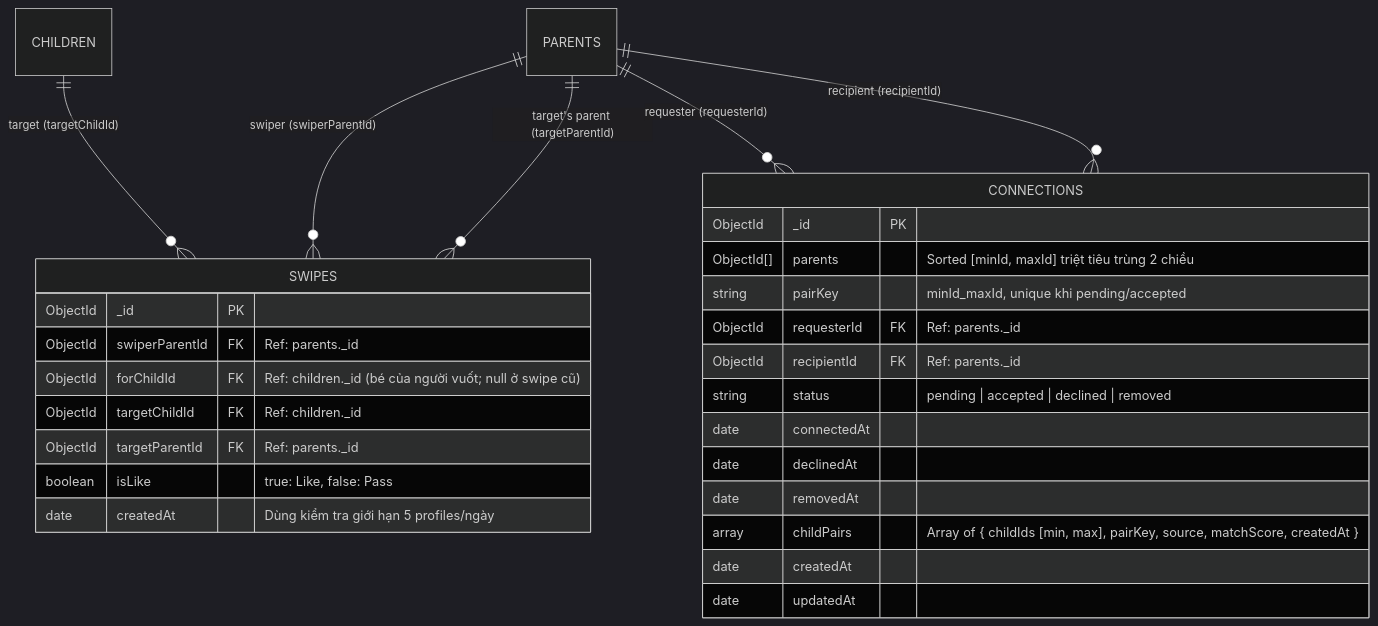
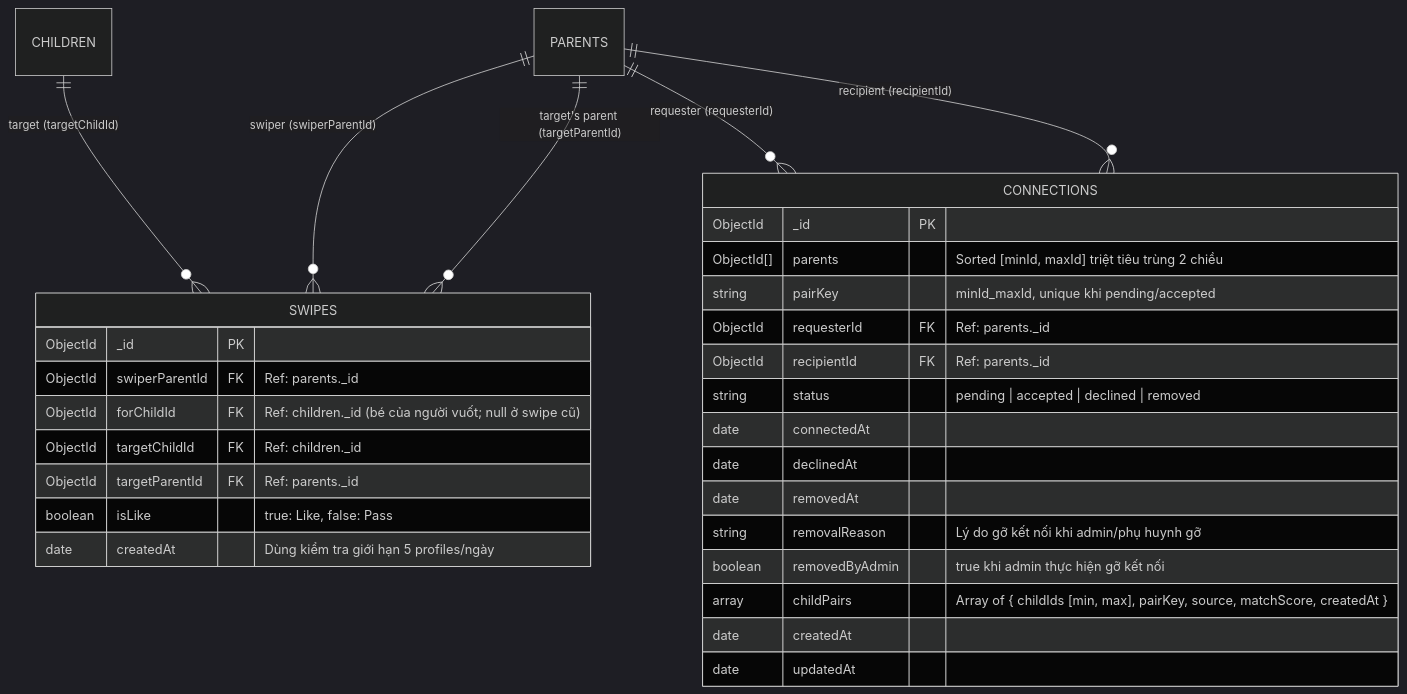
One commit to BuddyLink-Team/Back-End changed the third of 8 diagrams in docs/DATABASE_SCHEMA.md. Above: the diagram before and after it, drawn with Mermaid (dark theme). The commit also changed other lines of this file and 12 other files, not shown here.

````diff
--- a/docs/DATABASE_SCHEMA.md
+++ b/docs/DATABASE_SCHEMA.md
@@ -200,33 +200,35 @@
 ```mermaid
 erDiagram
     PARENTS ||--o{ SWIPES : "swiper (swiperParentId)"
     CHILDREN ||--o{ SWIPES : "target (targetChildId)"
     PARENTS ||--o{ SWIPES : "target's parent (targetParentId)"
     PARENTS ||--o{ CONNECTIONS : "requester (requesterId)"
     PARENTS ||--o{ CONNECTIONS : "recipient (recipientId)"
 
     SWIPES {
         ObjectId _id PK
         ObjectId swiperParentId FK "Ref: parents._id"
         ObjectId forChildId FK "Ref: children._id (bé của người vuốt; null ở swipe cũ)"
         ObjectId targetChildId FK "Ref: children._id"
         ObjectId targetParentId FK "Ref: parents._id"
         boolean isLike "true: Like, false: Pass"
         date createdAt "Dùng kiểm tra giới hạn 5 profiles/ngày"
     }
 
     CONNECTIONS {
         ObjectId _id PK
         ObjectId[] parents "Sorted [minId, maxId] triệt tiêu trùng 2 chiều"
         string pairKey "minId_maxId, unique khi pending/accepted"
         ObjectId requesterId FK "Ref: parents._id"
         ObjectId recipientId FK "Ref: parents._id"
         string status "pending | accepted | declined | removed"
         date connectedAt
         date declinedAt
         date removedAt
+        string removalReason "Lý do gỡ kết nối khi admin/phụ huynh gỡ"
+        boolean removedByAdmin "true khi admin thực hiện gỡ kết nối"
         array childPairs "Array of { childIds [min, max], pairKey, source, matchScore, createdAt }"
         date createdAt
         date updatedAt
     }
 ```
````
